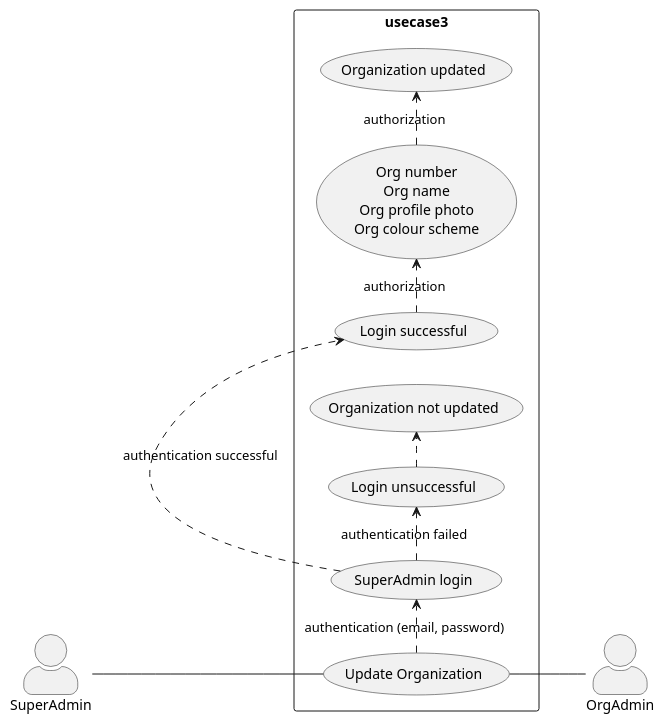
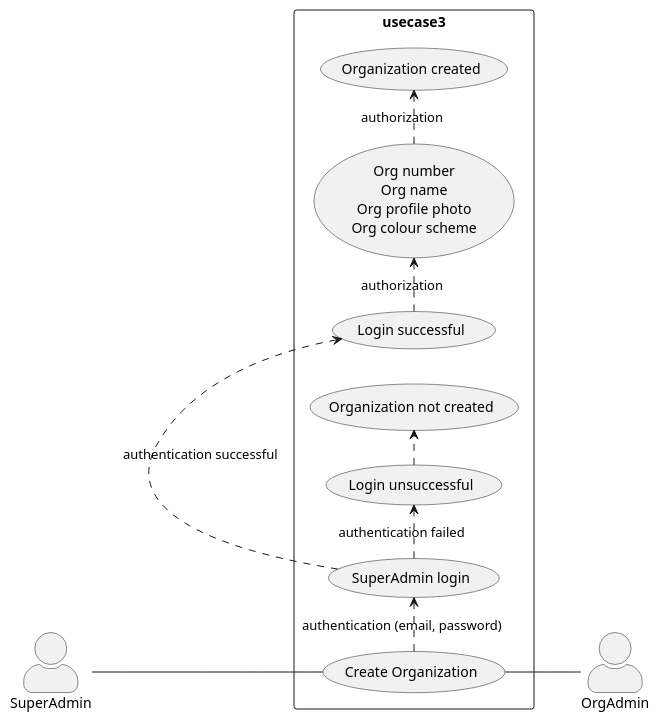
One commit to wawerualbert/CodeHub changed the diagram in 3_super_admin_usecase3.wsd. Above: the diagram before and after it, drawn with PlantUML. The commit also changed 7 other files, not shown here.

```diff
--- a/3_super_admin_usecase3.wsd
+++ b/3_super_admin_usecase3.wsd
@@ -1,20 +1,20 @@
-@startuml SuperAdmin Update Organization
+@startuml SuperAdmin Create Organization
 
 skinparam actorStyle awesome
 left to right direction
 skinparam packageStyle rectangle
 
 actor SuperAdmin
 actor OrgAdmin
 rectangle usecase3 {
-  SuperAdmin-- (Update Organization)
-  (Update Organization) .> (SuperAdmin login) : authentication (email, password)
+  SuperAdmin-- (Create Organization)
+  (Create Organization) .> (SuperAdmin login) : authentication (email, password)
   (SuperAdmin login) .> (Login successful) : authentication successful
   (Login successful) .> (Org number\nOrg name\nOrg profile photo\nOrg colour scheme) : authorization
-  (Org number\nOrg name\nOrg profile photo\nOrg colour scheme) .> (Organization updated) : authorization 
+  (Org number\nOrg name\nOrg profile photo\nOrg colour scheme) .> (Organization created) : authorization 
   (SuperAdmin login) .> (Login unsuccessful) : authentication failed
-  (Login unsuccessful) .> (Organization not updated)  
-  (Update Organization)-- OrgAdmin
+  (Login unsuccessful) .> (Organization not created)  
+  (Create Organization)-- OrgAdmin
 }
 
 @enduml
```
